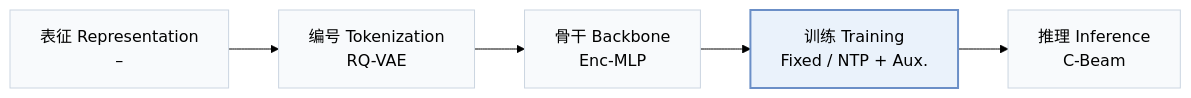
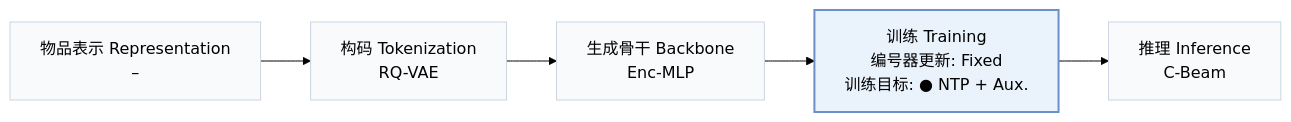
The first of 2 diagrams in pages/zh/papers/musid-kd.md (Galaxy-ghost/Awesome-SID-Generative-Rec), drawn with Mermaid (forest theme) before and after one commit. The commit also changed other lines of this file and 558 other files, not shown here.

````diff
--- a/pages/zh/papers/musid-kd.md
+++ b/pages/zh/papers/musid-kd.md
@@ -15,8 +18,8 @@
 ```mermaid
 flowchart LR
-    R["表征 Representation<br/>–"] --> T["编号 Tokenization<br/>RQ-VAE"] --> B["骨干 Backbone<br/>Enc-MLP"] --> TR["训练 Training<br/>Fixed / NTP + Aux."] --> I["推理 Inference<br/>C-Beam"]
+    R["物品表示 Representation<br/>–"] --> T["构码 Tokenization<br/>RQ-VAE"] --> B["生成骨干 Backbone<br/>Enc-MLP"] --> TR["训练 Training<br/>编号器更新: Fixed<br/>训练目标: ● NTP + Aux."] --> I["推理 Inference<br/>C-Beam"]
     classDef base fill:#f8fafc,stroke:#cbd5e1
     class R,T,B,TR,I base
     classDef main fill:#eaf2fb,stroke:#6b8fc7,stroke-width:2px
     class TR main
 ```
````
